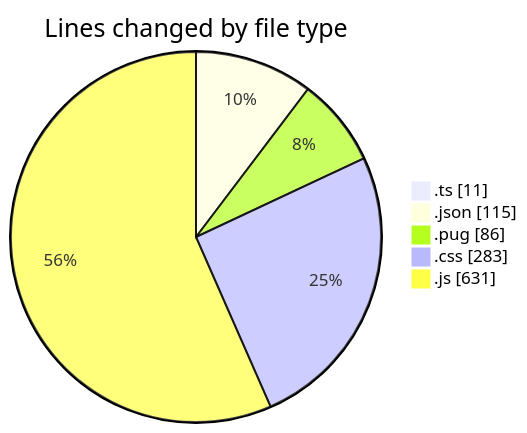
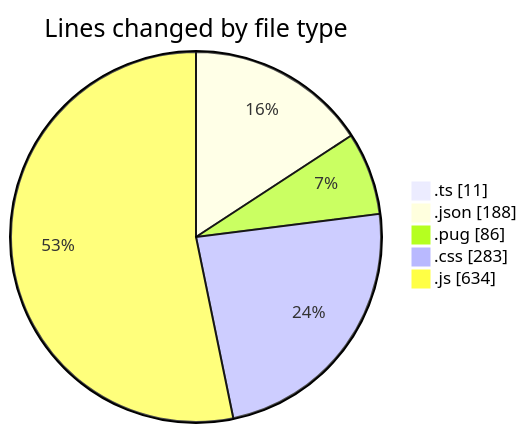
The first of 2 diagrams in 2025-02-24/cda/README.md (momahboobian/code-tracking), drawn with Mermaid before and after one commit. The commit also changed other lines of this file and 1 other file, not shown here.

````diff
--- a/2025-02-24/cda/README.md
+++ b/2025-02-24/cda/README.md
@@ -31,9 +32,9 @@
 ```mermaid
 pie showData
 title Lines changed by file type
 ".ts" : 11
-".json" : 115
+".json" : 188
 ".pug" : 86
 ".css" : 283
-".js" : 631
+".js" : 634
 ```
````
